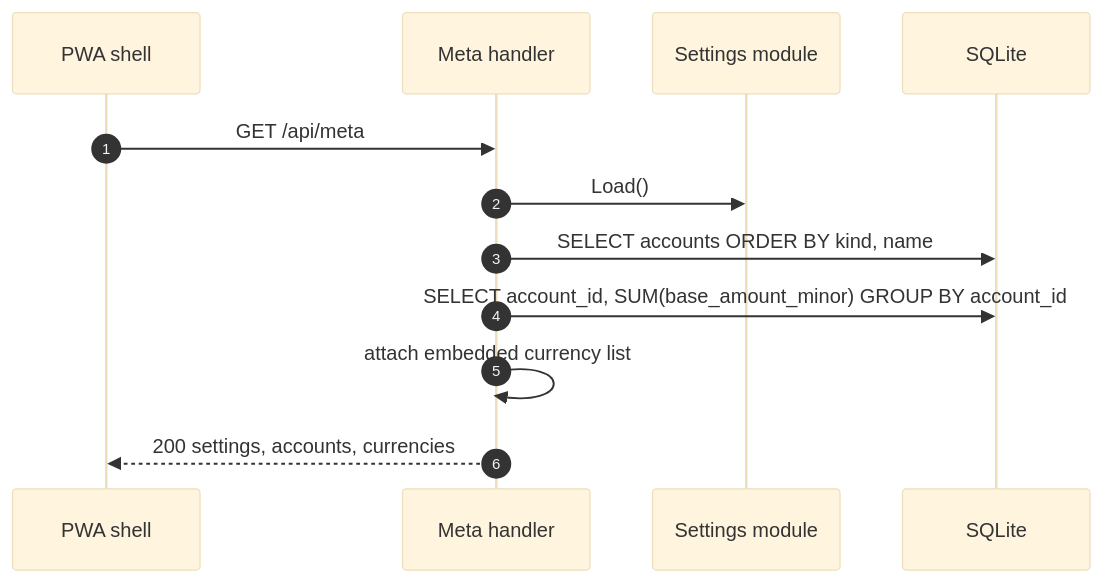
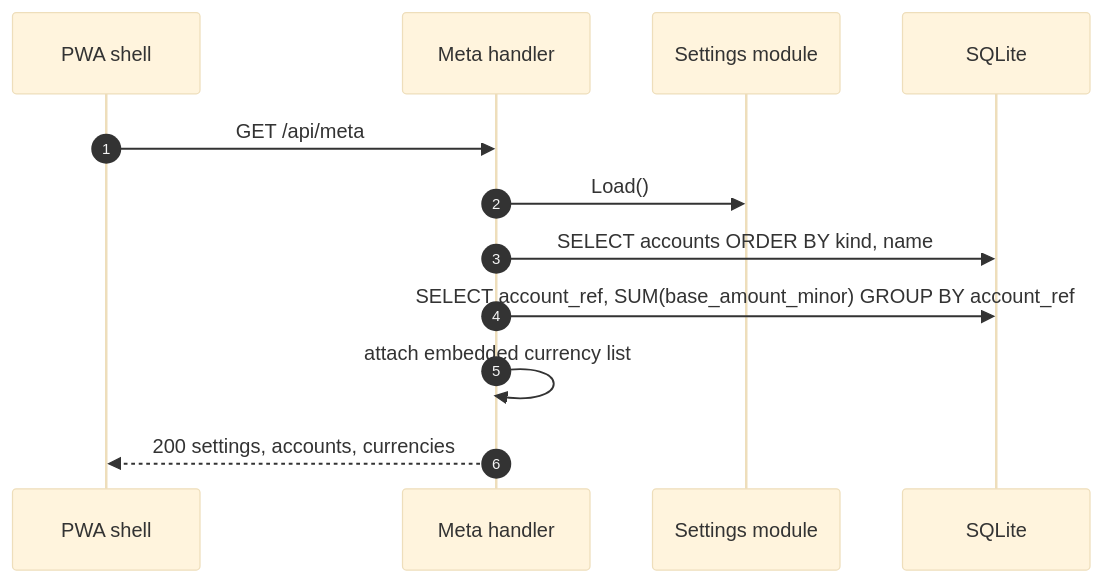
Before and after one commit to dimasbaguspm/spenicle: the seventh of 13 diagrams in docs/endpoints.md, drawn with Mermaid (base theme). The commit also changed other lines of this file and 45 other files, not shown here.

Commit message:
feat!: key every row by a uuid ref and squash the schema to v1

````diff
--- a/docs/endpoints.md
+++ b/docs/endpoints.md
@@ -312,14 +312,14 @@
 ```mermaid
 sequenceDiagram
     autonumber
     participant UI as PWA shell
     participant H as Meta handler
     participant S as Settings module
     participant DB as SQLite
     UI->>H: GET /api/meta
     H->>S: Load()
     H->>DB: SELECT accounts ORDER BY kind, name
-    H->>DB: SELECT account_id, SUM(base_amount_minor) GROUP BY account_id
+    H->>DB: SELECT account_ref, SUM(base_amount_minor) GROUP BY account_ref
     H->>H: attach embedded currency list
     H-->>UI: 200 settings, accounts, currencies
 ```
````
